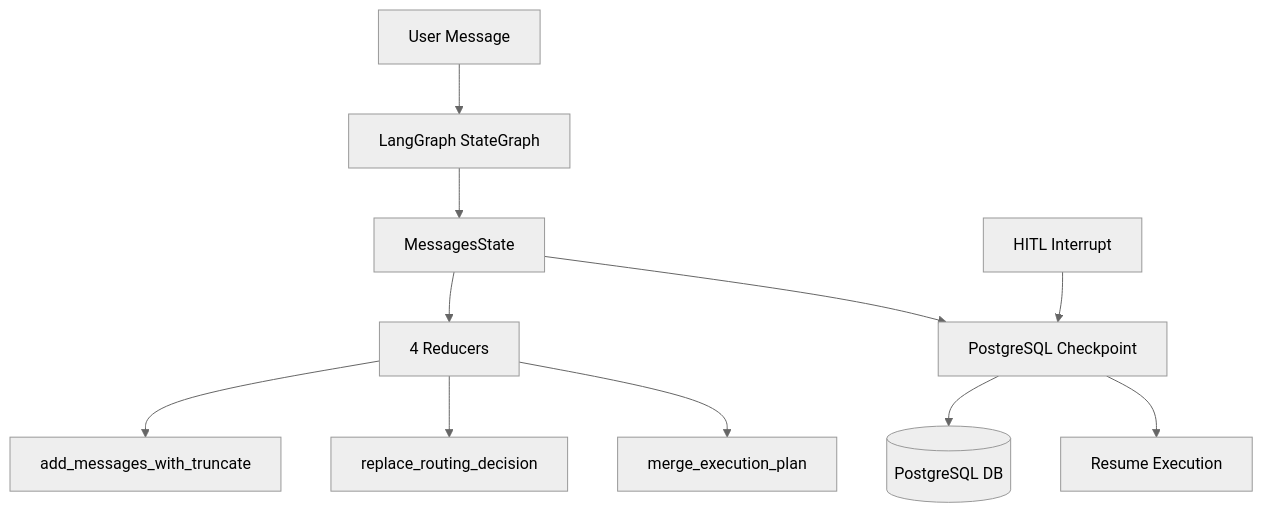
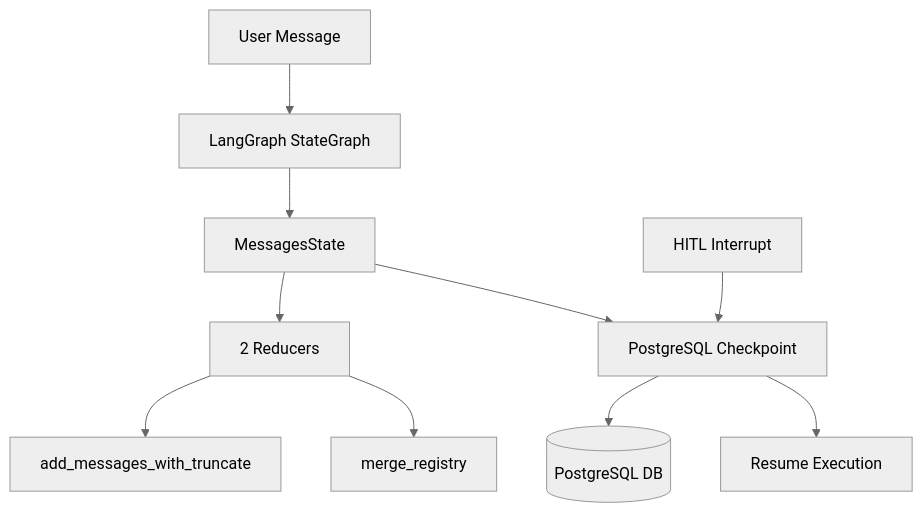
Before and after one commit to jgouviergmail/LIA-Assistant: the diagram in docs/technical/STATE_AND_CHECKPOINT.md, drawn with Mermaid (neutral theme). The commit also changed other lines of this file and 123 other files, not shown here.

````diff
--- a/docs/technical/STATE_AND_CHECKPOINT.md
+++ b/docs/technical/STATE_AND_CHECKPOINT.md
@@ -43,14 +43,13 @@
 ```mermaid
 graph TB
     User[User Message] --> Graph[LangGraph StateGraph]
     Graph --> State[MessagesState]
-    State --> Reducers[4 Reducers]
+    State --> Reducers[2 Reducers]
     Reducers --> Truncate[add_messages_with_truncate]
-    Reducers --> Replace[replace_routing_decision]
-    Reducers --> Merge[merge_execution_plan]
+    Reducers --> Merge[merge_registry]
     State --> Checkpoint[PostgreSQL Checkpoint]
     Checkpoint --> Persistence[(PostgreSQL DB)]
 
     HITL[HITL Interrupt] --> Checkpoint
     Checkpoint --> Resume[Resume Execution]
 ```
````
